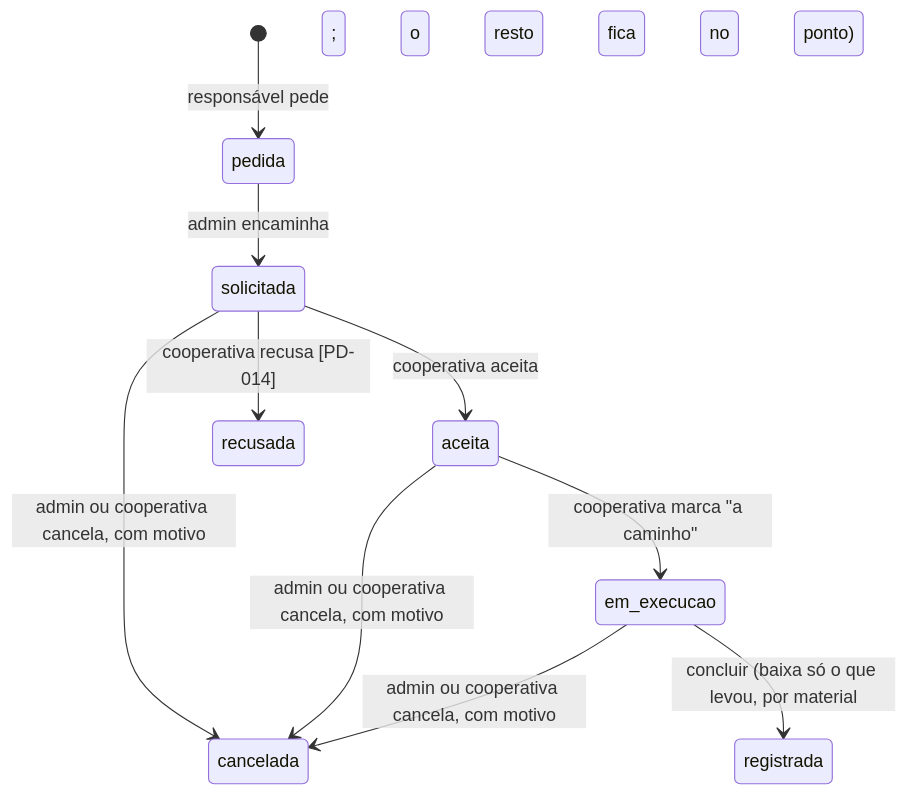
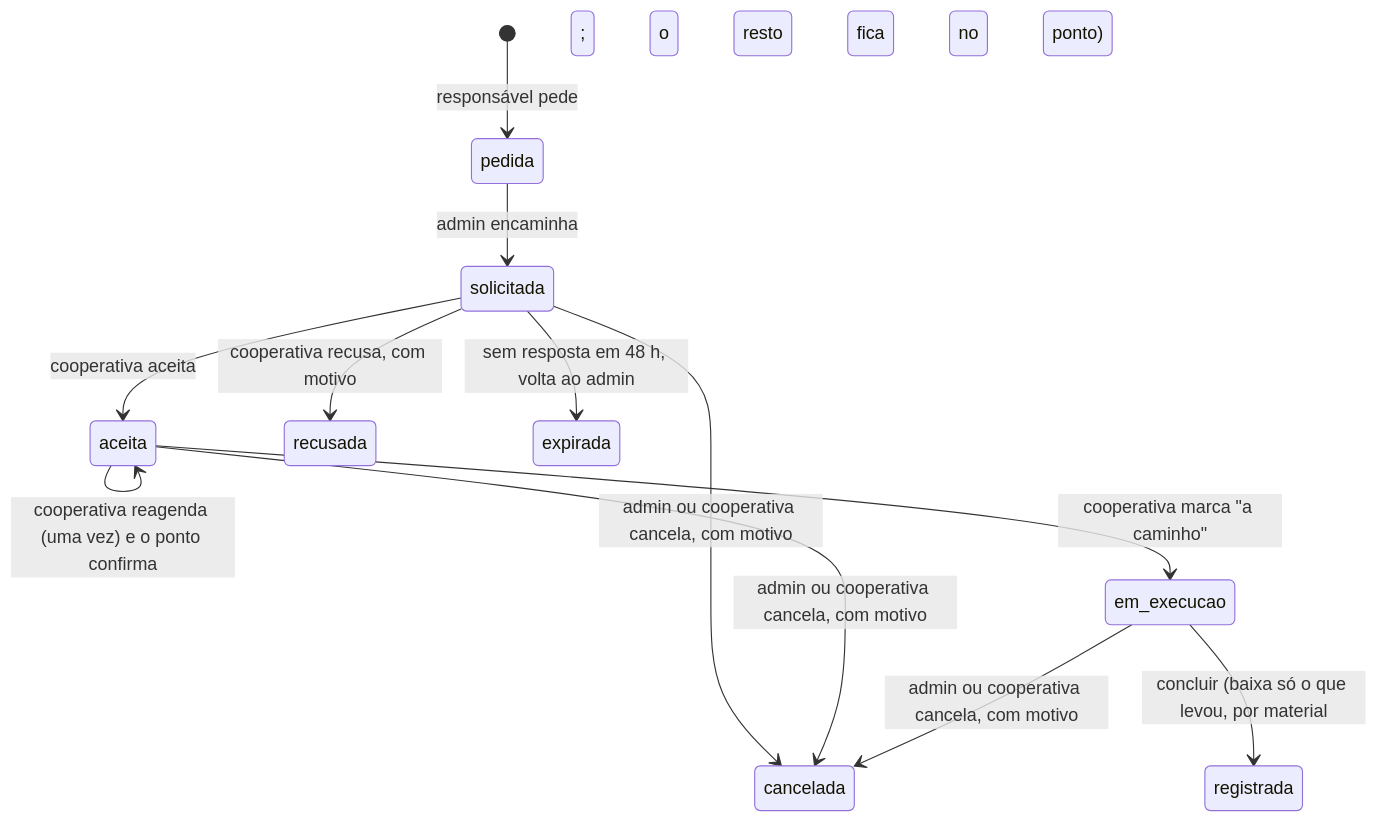
The fourth of 9 diagrams in docs/02-arquitetura/diagramas.md (Residuum-Organization/residuum-documentacao), drawn with Mermaid before and after one commit. The commit also changed other lines of this file and 15 other files, not shown here.

````diff
--- a/docs/02-arquitetura/diagramas.md
+++ b/docs/02-arquitetura/diagramas.md
@@ -56,12 +56,14 @@
 ```mermaid
 stateDiagram-v2
   [*] --> pedida: responsável pede
   pedida --> solicitada: admin encaminha
   solicitada --> aceita: cooperativa aceita
-  solicitada --> recusada: cooperativa recusa [PD-014]
+  solicitada --> recusada: cooperativa recusa, com motivo
+  solicitada --> expirada: sem resposta em 48 h, volta ao admin
+  aceita --> aceita: cooperativa reagenda (uma vez) e o ponto confirma
   aceita --> em_execucao: cooperativa marca "a caminho"
   solicitada --> cancelada: admin ou cooperativa cancela, com motivo
   aceita --> cancelada: admin ou cooperativa cancela, com motivo
   em_execucao --> cancelada: admin ou cooperativa cancela, com motivo
   em_execucao --> registrada: concluir (baixa só o que levou, por material; o resto fica no ponto)
 ```
````
